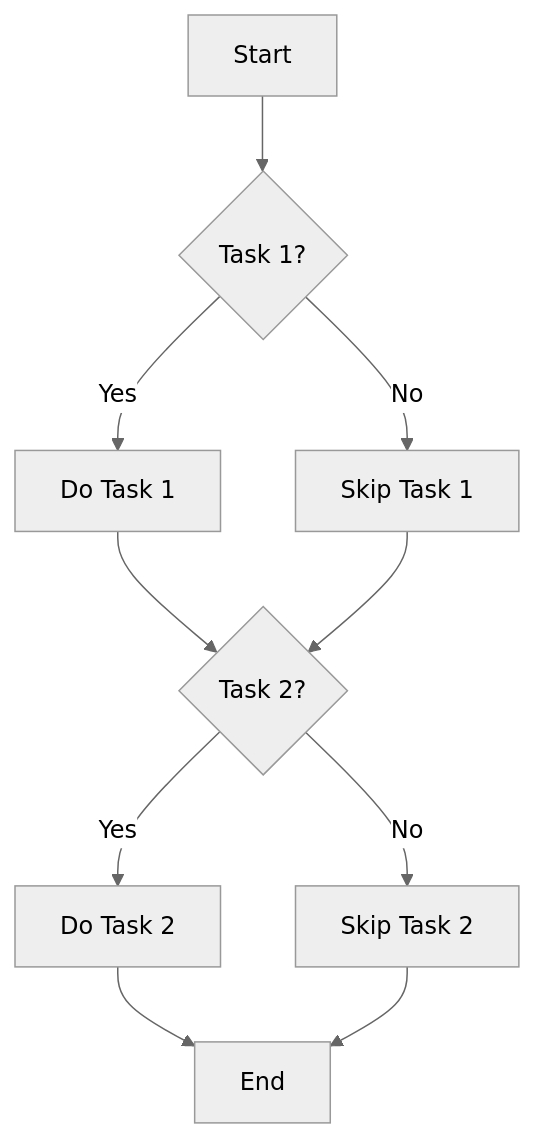
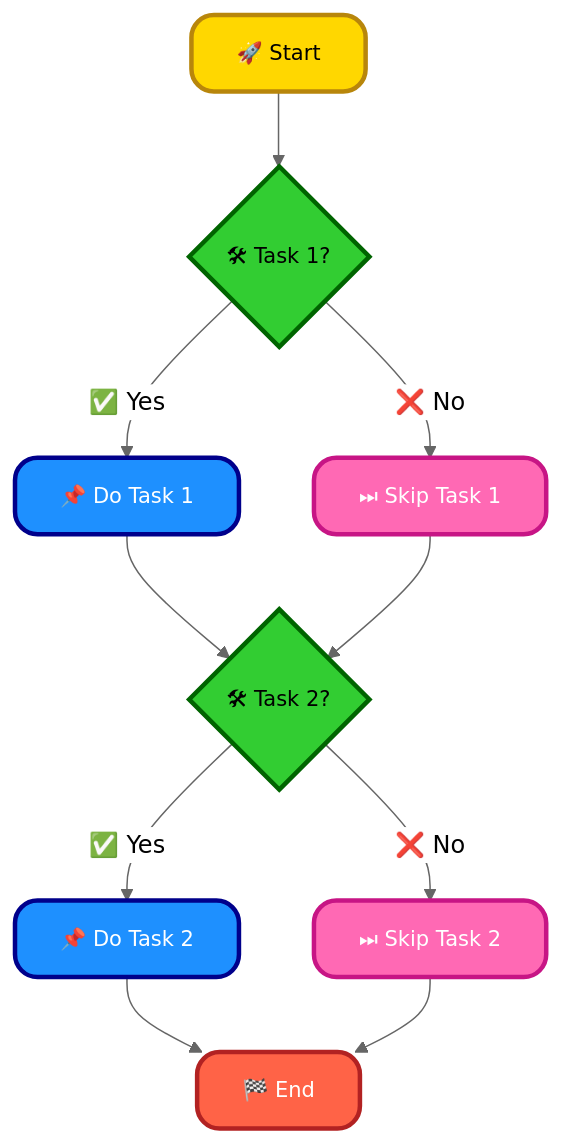
One commit to infoyouth/infoyouth.github.io changed the diagram in _posts/2025-03-07-02.-introduction-to-shell-scripting.md. Above: the diagram before and after it, drawn with Mermaid (neutral theme). The commit also changed other lines of this file, not shown here.

Commit message:
New blogpost

````diff
--- a/_posts/2025-03-07-02.-introduction-to-shell-scripting.md
+++ b/_posts/2025-03-07-02.-introduction-to-shell-scripting.md
@@ -67,12 +67,30 @@
 ```mermaid
 graph TD
-    A[Start] --> B{Task 1?};
-    B -- Yes --> C[Do Task 1];
-    B -- No --> D[Skip Task 1];
-    C --> E{Task 2?};
+    A["🚀 Start"] --> B{"🛠 Task 1?"};
+    B -- "✅ Yes" --> C["📌 Do Task 1"];
+    B -- "❌ No" --> D["⏭ Skip Task 1"];
+    C --> E{"🛠 Task 2?"};
     D --> E;
-    E -- Yes --> F[Do Task 2];
-    E -- No --> G[Skip Task 2];
-    F --> H[End];
+    E -- "✅ Yes" --> F["📌 Do Task 2"];
+    E -- "❌ No" --> G["⏭ Skip Task 2"];
+    F --> H["🏁 End"];
     G --> H;
+
+    %% Custom Styles
+    classDef startStyle fill:#FFD700,stroke:#B8860B,color:#000000,font-size:14px,stroke-width:3px,rx:15px,shadow:5px;
+    classDef decisionStyle fill:#32CD32,stroke:#006400,color:#000000,font-size:14px,stroke-width:3px,rx:15px,shadow:5px;
+    classDef taskStyle fill:#1E90FF,stroke:#00008B,color:#FFFFFF,font-size:14px,stroke-width:3px,rx:15px,shadow:5px;
+    classDef skipStyle fill:#FF69B4,stroke:#C71585,color:#FFFFFF,font-size:14px,stroke-width:3px,rx:15px,shadow:5px;
+    classDef endStyle fill:#FF6347,stroke:#B22222,color:#FFFFFF,font-size:14px,stroke-width:3px,rx:15px,shadow:5px;
+
+    %% Apply Classes
+    class A startStyle;
+    class B decisionStyle;
+    class E decisionStyle;
+    class C taskStyle;
+    class F taskStyle;
+    class D skipStyle;
+    class G skipStyle;
+    class H endStyle;
+
 ```
````
